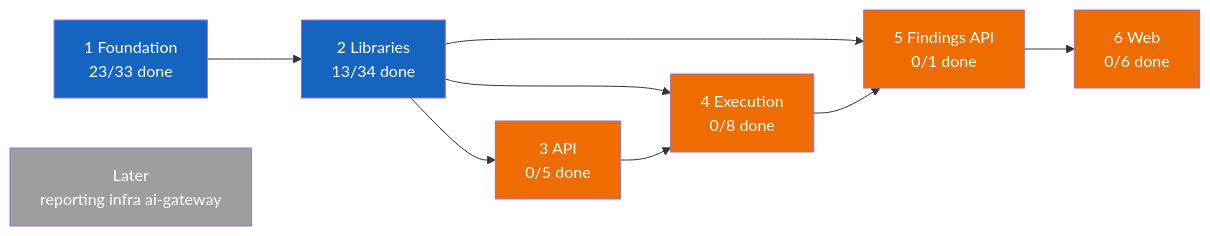
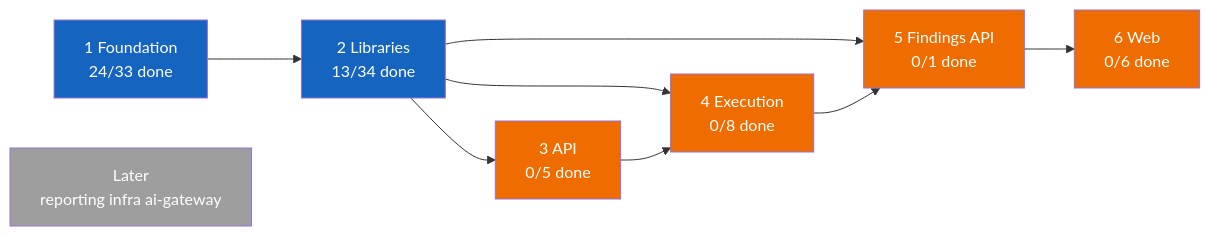
Before and after one commit to vulcanflow/docs: the first of 2 diagrams in PROGRESS.md, drawn with Mermaid. The commit also changed other lines of this file and 1 other file, not shown here.

````diff
--- a/PROGRESS.md
+++ b/PROGRESS.md
@@ -24,31 +24,31 @@
 ```mermaid
 flowchart LR
-  P1["1 Foundation<br/>23/33 done"]
+  P1["1 Foundation<br/>24/33 done"]
   P2["2 Libraries<br/>13/34 done"]
   P3["3 API<br/>0/5 done"]
   P4["4 Execution<br/>0/8 done"]
   P5["5 Findings API<br/>0/1 done"]
   P6["6 Web<br/>0/6 done"]
   L["Later<br/>reporting infra ai-gateway"]
 
   P1 --> P2
   P2 --> P3
   P2 --> P4
   P3 --> P4
   P2 --> P5
   P4 --> P5
   P5 --> P6
 
   classDef done fill:#2e7d32,color:#fff
   classDef active fill:#1565c0,color:#fff
   classDef held fill:#9e9e9e,color:#fff
   classDef blocked fill:#ef6c00,color:#fff
 
   class P1 active
   class P2 active
   class P3 blocked
   class P4 blocked
   class P5 blocked
   class P6 blocked
   class L held
 ```
````
